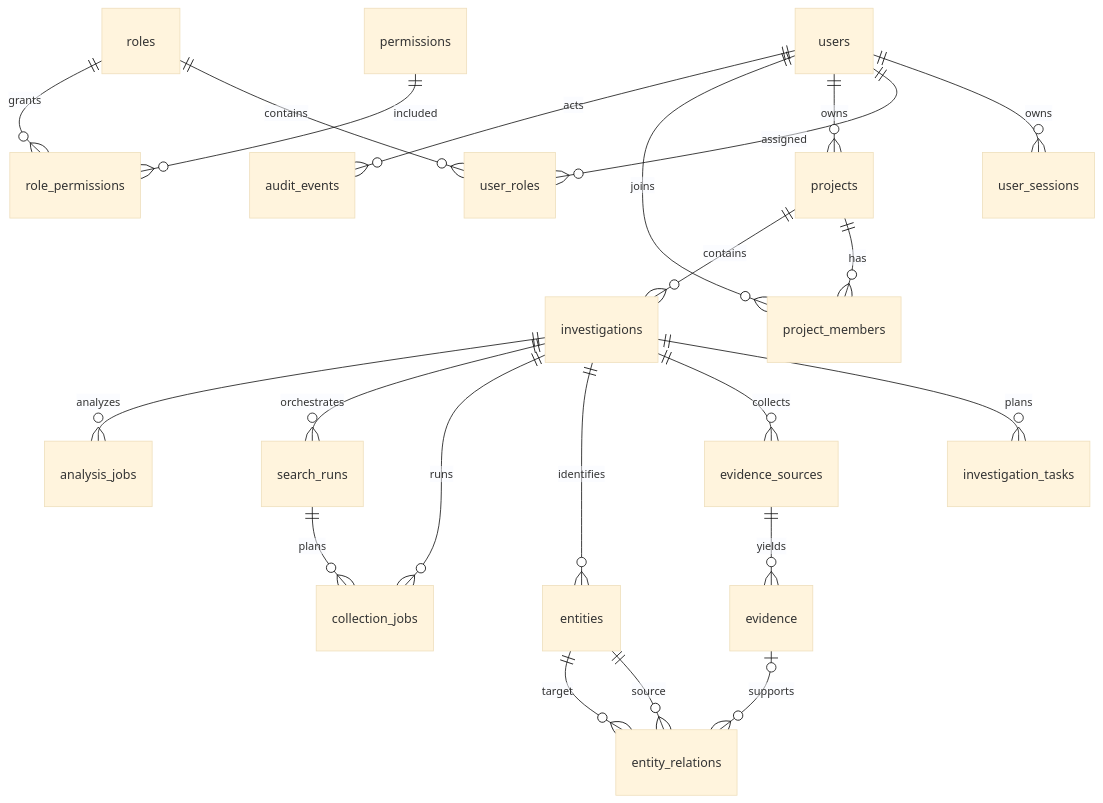
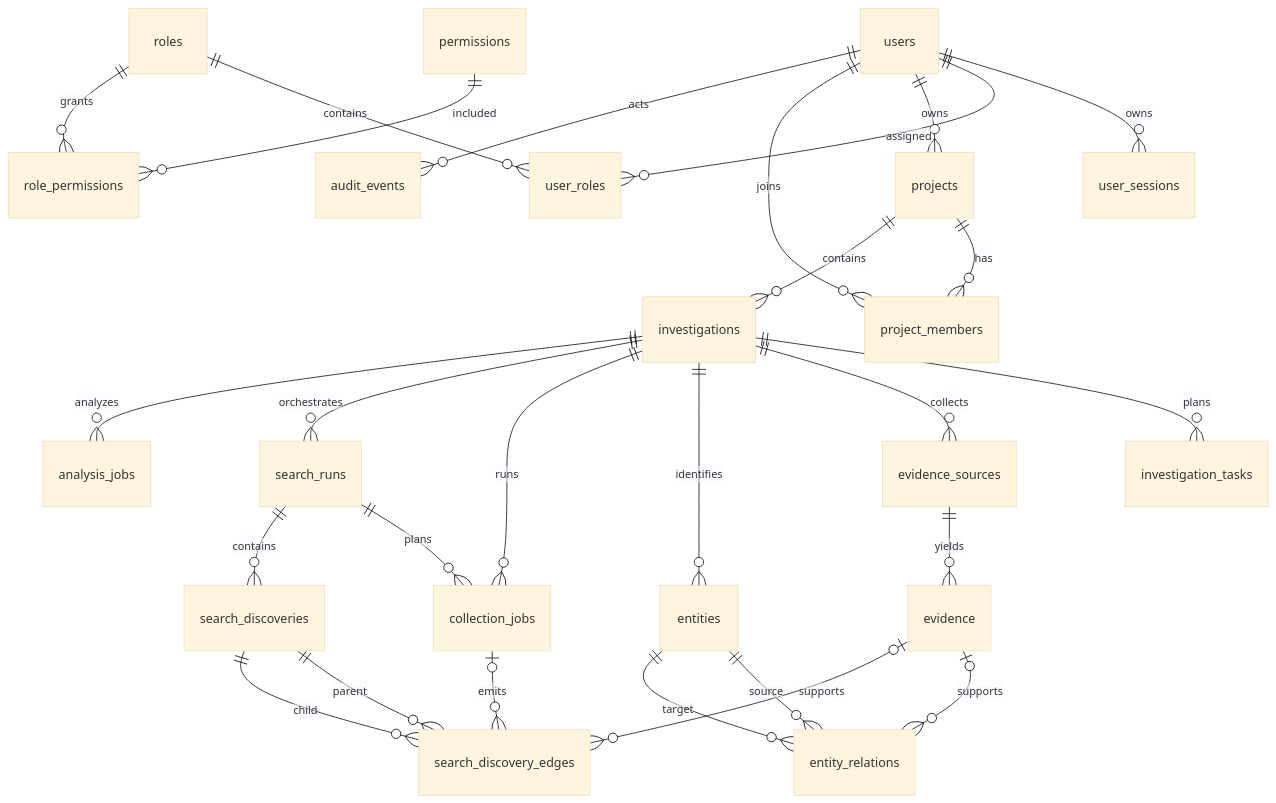
The diagram in docs/data-model.md (gallegobq/osint-ai-framework), drawn with Mermaid (base theme) before and after one commit. The commit also changed other lines of this file and 37 other files, not shown here.

Commit message:
feat: add bounded discovery graph

````diff
--- a/docs/data-model.md
+++ b/docs/data-model.md
@@ -6,25 +6,30 @@
 ```mermaid
 erDiagram
     users ||--o{ user_sessions : owns
     users ||--o{ user_roles : assigned
     roles ||--o{ user_roles : contains
     roles ||--o{ role_permissions : grants
     permissions ||--o{ role_permissions : included
 
     users ||--o{ projects : owns
     projects ||--o{ project_members : has
     users ||--o{ project_members : joins
     projects ||--o{ investigations : contains
     investigations ||--o{ investigation_tasks : plans
     investigations ||--o{ evidence_sources : collects
     evidence_sources ||--o{ evidence : yields
     investigations ||--o{ entities : identifies
     entities ||--o{ entity_relations : source
     entities ||--o{ entity_relations : target
     evidence o|--o{ entity_relations : supports
     investigations ||--o{ collection_jobs : runs
     investigations ||--o{ search_runs : orchestrates
     search_runs ||--o{ collection_jobs : plans
+    search_runs ||--o{ search_discoveries : contains
+    search_discoveries ||--o{ search_discovery_edges : parent
+    search_discoveries ||--o{ search_discovery_edges : child
+    collection_jobs o|--o{ search_discovery_edges : emits
+    evidence o|--o{ search_discovery_edges : supports
     investigations ||--o{ analysis_jobs : analyzes
     users ||--o{ audit_events : acts
 ```
````
